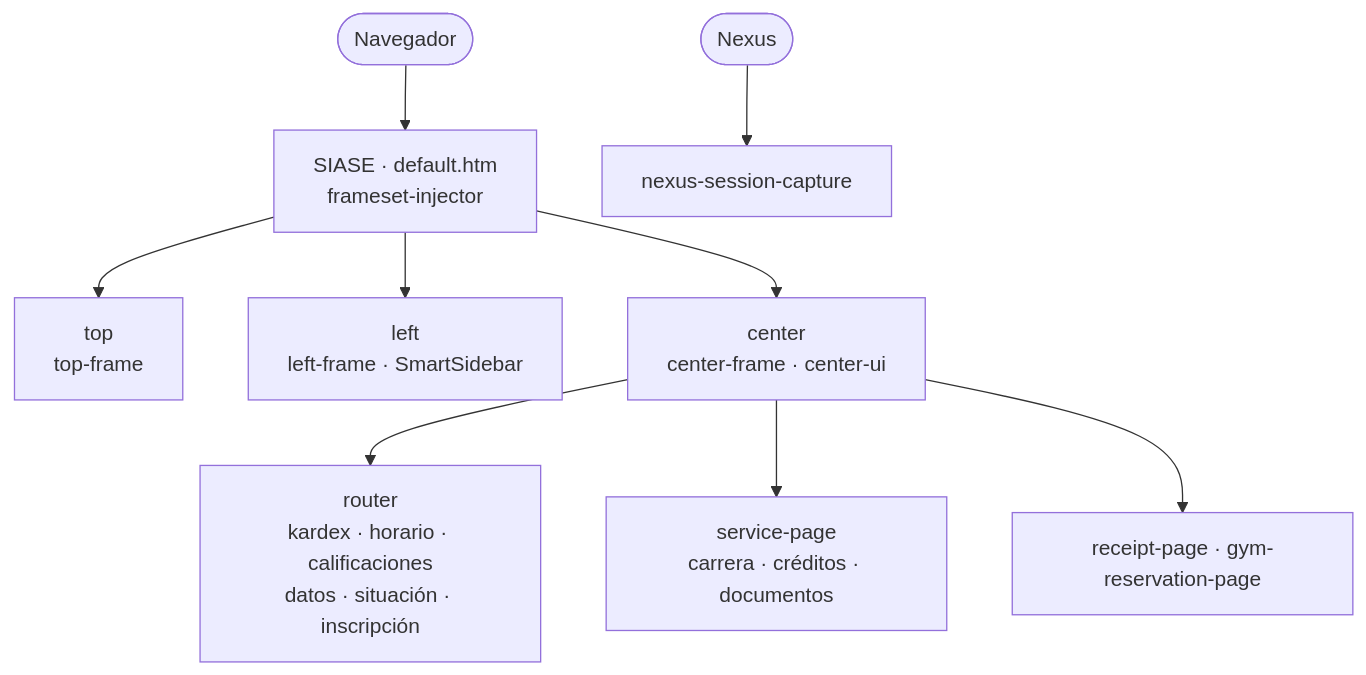
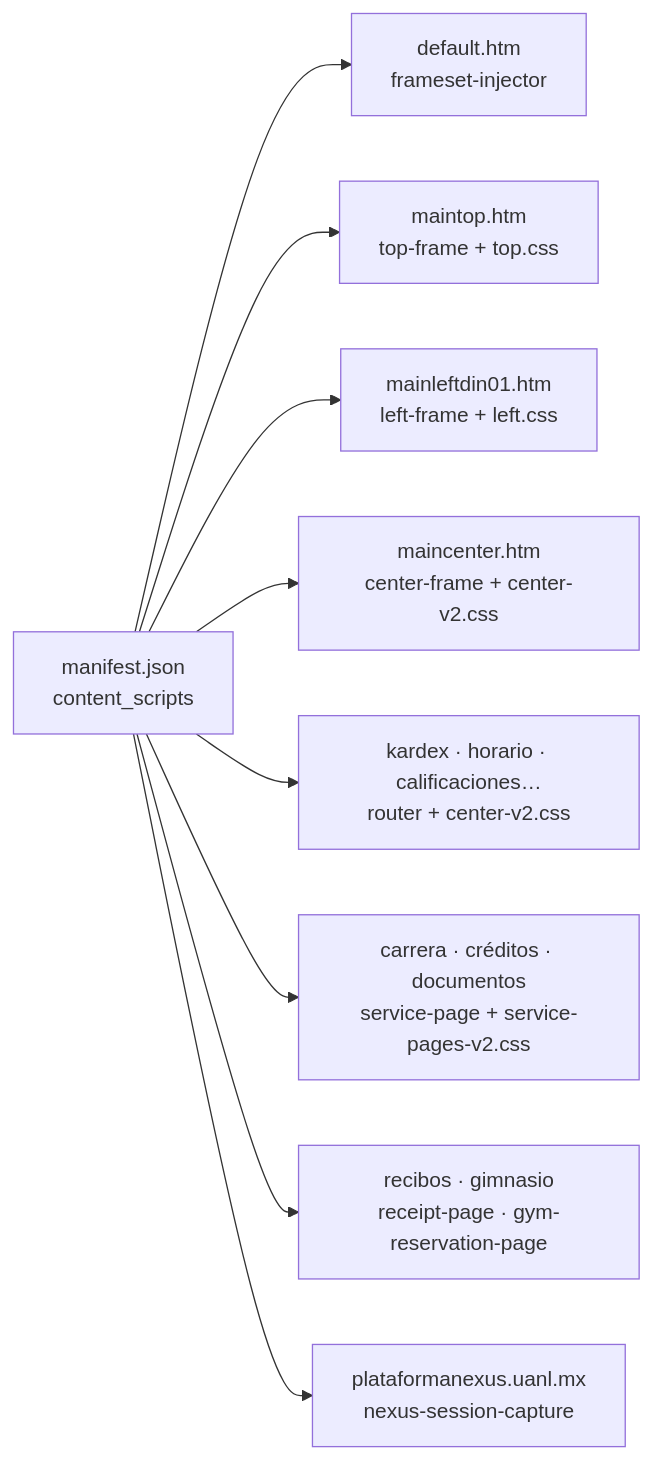
Before and after one commit to AlejoReyna/siaseButWithMods: the second of 3 diagrams in docs/ARCHITECTURE.md, drawn with Mermaid. The commit also changed other lines of this file and 1 other file, not shown here.

Commit message:
Refocus architecture diagrams on browser injection

````diff
--- a/docs/ARCHITECTURE.md
+++ b/docs/ARCHITECTURE.md
@@ -9,11 +29,12 @@
 ```mermaid
-flowchart TB
-  B([Navegador]) --> F["SIASE · default.htm<br/>frameset-injector"]
-  F --> T["top<br/>top-frame"]
-  F --> L["left<br/>left-frame · SmartSidebar"]
-  F --> C["center<br/>center-frame · center-ui"]
-  C --> R["router<br/>kardex · horario · calificaciones<br/>datos · situación · inscripción"]
-  C --> S["service-page<br/>carrera · créditos · documentos"]
-  C --> P["receipt-page · gym-reservation-page"]
-  N([Nexus]) --> X["nexus-session-capture"]
+flowchart LR
+  M["manifest.json<br/>content_scripts"]
+  M --> R["default.htm<br/>frameset-injector"]
+  M --> T["maintop.htm<br/>top-frame + top.css"]
+  M --> L["mainleftdin01.htm<br/>left-frame + left.css"]
+  M --> C["maincenter.htm<br/>center-frame + center-v2.css"]
+  M --> P["kardex · horario · calificaciones…<br/>router + center-v2.css"]
+  M --> S["carrera · créditos · documentos<br/>service-page + service-pages-v2.css"]
+  M --> Q["recibos · gimnasio<br/>receipt-page · gym-reservation-page"]
+  M --> NX["plataformanexus.uanl.mx<br/>nexus-session-capture"]
 ```
````
